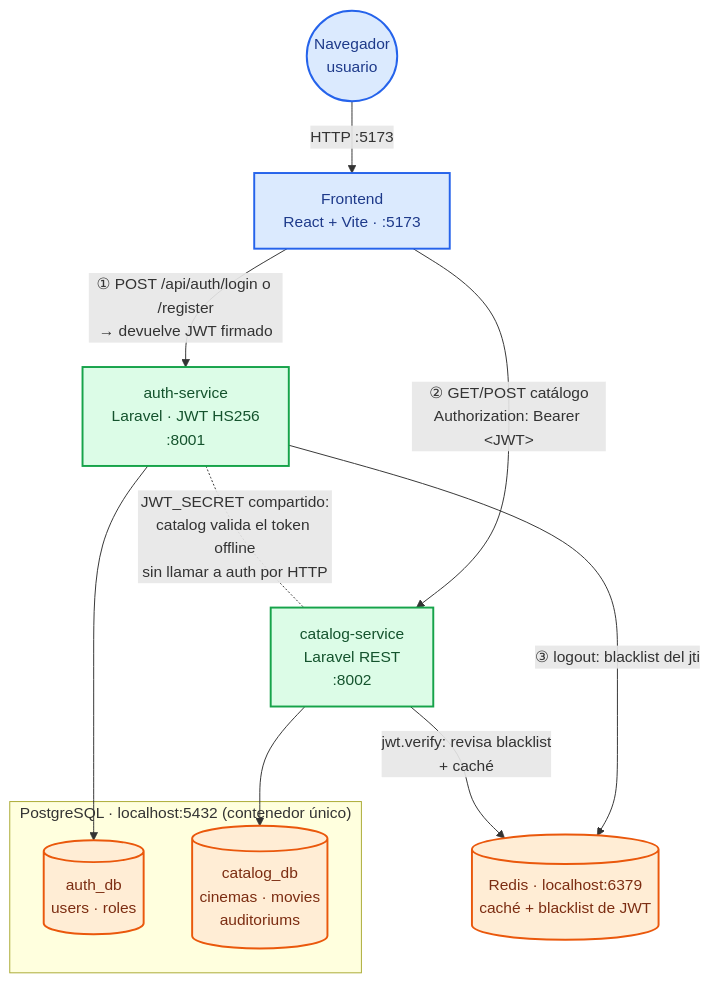
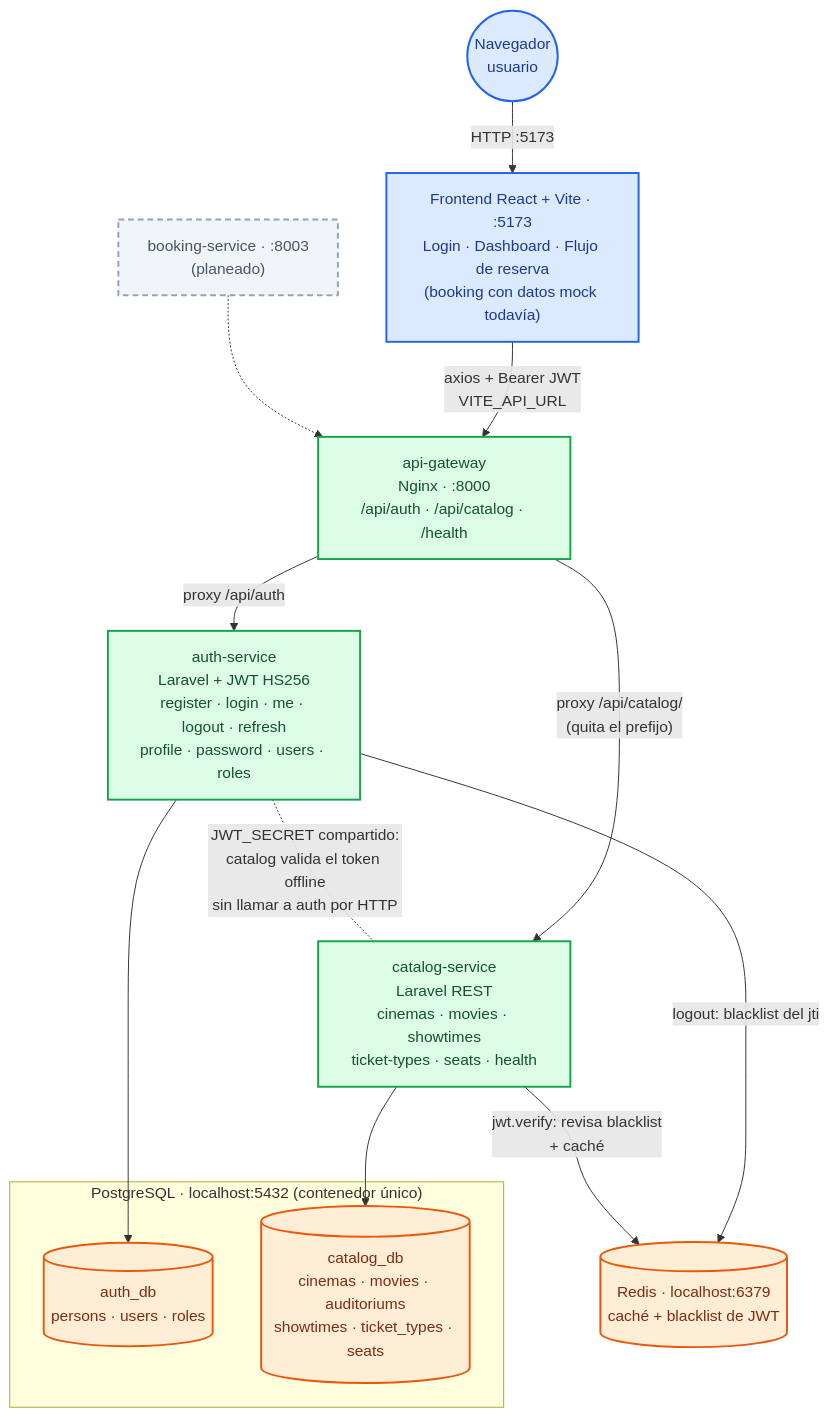
The diagram in docs/arquitectura.mmd (Erick-Llumiquinga/EventCore), drawn with Mermaid before and after one commit. The commit also changed 4 other files, not shown here.

```diff
--- a/docs/arquitectura.mmd
+++ b/docs/arquitectura.mmd
@@ -1,29 +1,36 @@
 flowchart TD
     usuario(("Navegador<br/>usuario"))
-    frontend["Frontend<br/>React + Vite · :5173"]
-    auth["auth-service<br/>Laravel · JWT HS256<br/>:8001"]
-    catalog["catalog-service<br/>Laravel REST<br/>:8002"]
+    frontend["Frontend React + Vite · :5173<br/>Login · Dashboard · Flujo de reserva<br/>(booking con datos mock todavía)"]
+    gateway["api-gateway<br/>Nginx · :8000<br/>/api/auth · /api/catalog · /health"]
+    auth["auth-service<br/>Laravel + JWT HS256<br/>register · login · me · logout · refresh<br/>profile · password · users · roles"]
+    catalog["catalog-service<br/>Laravel REST<br/>cinemas · movies · showtimes<br/>ticket-types · seats · health"]
 
     subgraph pg["PostgreSQL · localhost:5432 (contenedor único)"]
-        authdb[("auth_db<br/>users · roles")]
-        catalogdb[("catalog_db<br/>cinemas · movies<br/>auditoriums")]
+        authdb[("auth_db<br/>persons · users · roles")]
+        catalogdb[("catalog_db<br/>cinemas · movies · auditoriums<br/>showtimes · ticket_types · seats")]
     end
 
     redis[("Redis · localhost:6379<br/>caché + blacklist de JWT")]
 
     usuario -- "HTTP :5173" --> frontend
-    frontend -- "① POST /api/auth/login o /register<br/>→ devuelve JWT firmado" --> auth
-    frontend -- "② GET/POST catálogo<br/>Authorization: Bearer &lt;JWT&gt;" --> catalog
+    frontend -- "axios + Bearer JWT<br/>VITE_API_URL" --> gateway
+    gateway -- "proxy /api/auth" --> auth
+    gateway -- "proxy /api/catalog/<br/>(quita el prefijo)" --> catalog
     auth -. "JWT_SECRET compartido:<br/>catalog valida el token offline<br/>sin llamar a auth por HTTP" .- catalog
     auth --> authdb
     catalog --> catalogdb
-    auth -- "③ logout: blacklist del jti" --> redis
+    auth -- "logout: blacklist del jti" --> redis
     catalog -- "jwt.verify: revisa blacklist<br/>+ caché" --> redis
+
+    booking["booking-service · :8003<br/>(planeado)"]
+    booking -.-> gateway
 
     classDef browser fill:#dbeafe,stroke:#2563eb,stroke-width:2px,color:#1e3a8a
     classDef service fill:#dcfce7,stroke:#16a34a,stroke-width:2px,color:#14532d
     classDef store fill:#ffedd5,stroke:#ea580c,stroke-width:2px,color:#7c2d12
+    classDef planned fill:#f1f5f9,stroke:#94a3b8,stroke-width:2px,stroke-dasharray:6 4,color:#475569
 
     class usuario,frontend browser
-    class auth,catalog service
+    class gateway,auth,catalog service
     class authdb,catalogdb,redis store
+    class booking planned
```
